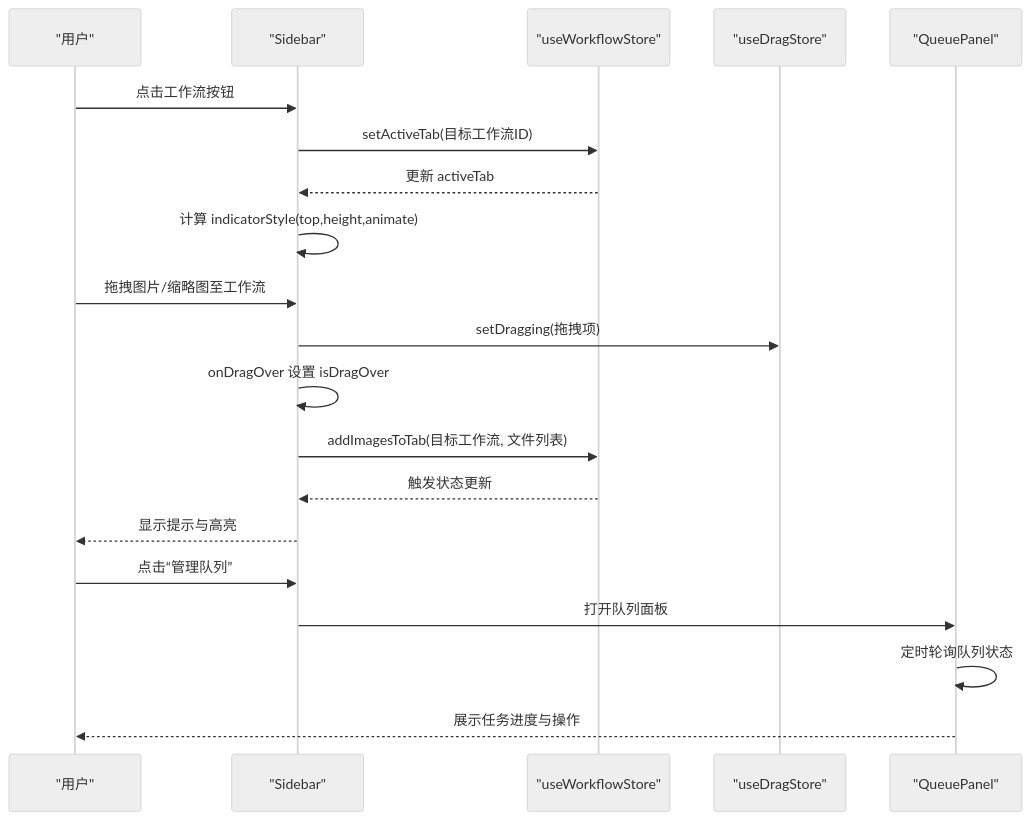
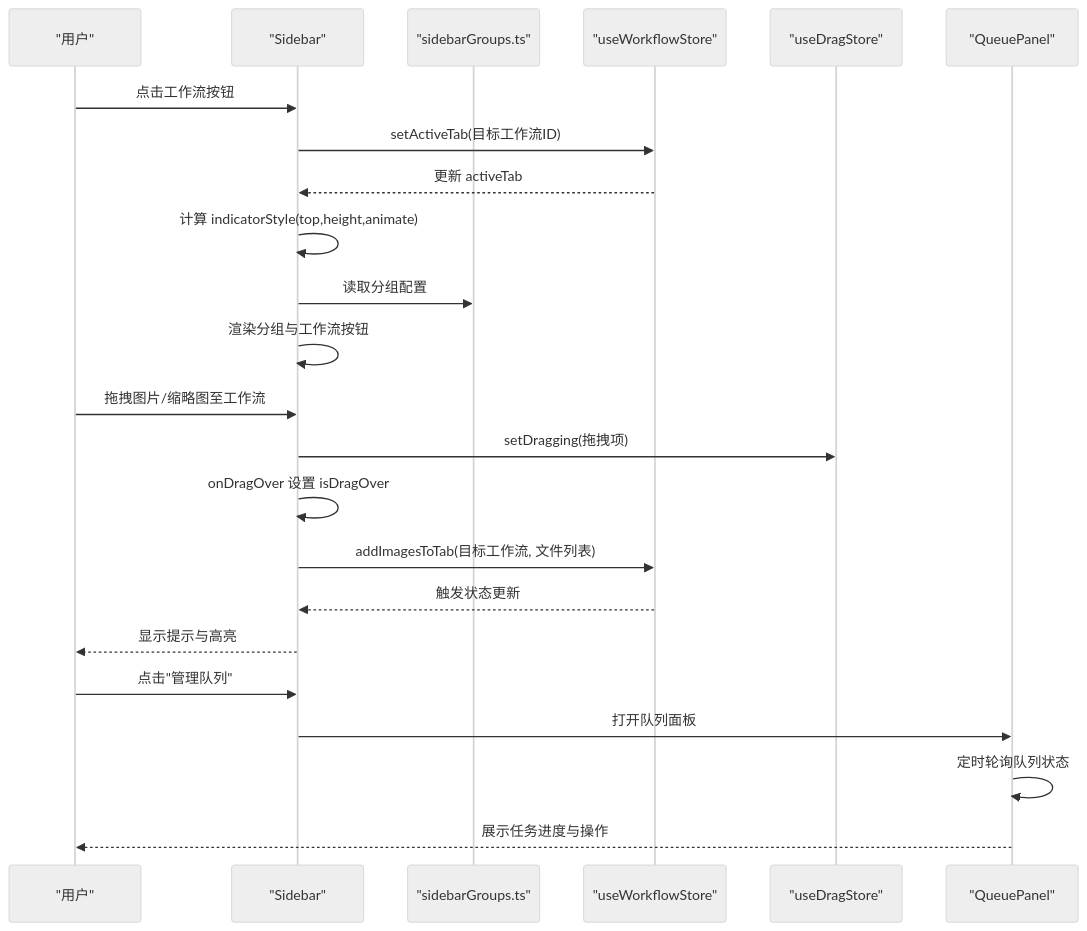
Before and after one commit to billye220670/CorineKit_Pix2Real: the second of 8 diagrams in .qoder/repowiki/zh/content/用户界面组件/控制面板组件/侧边导航栏.md, drawn with Mermaid (neutral theme). The commit also changed other lines of this file and 21 other files, not shown here.

````diff
--- a/.qoder/repowiki/zh/content/用户界面组件/控制面板组件/侧边导航栏.md
+++ b/.qoder/repowiki/zh/content/用户界面组件/控制面板组件/侧边导航栏.md
@@ -108,22 +126,25 @@
 ```mermaid
 sequenceDiagram
 participant U as "用户"
 participant S as "Sidebar"
+participant SG as "sidebarGroups.ts"
 participant WS as "useWorkflowStore"
 participant DS as "useDragStore"
 participant Q as "QueuePanel"
 U->>S : 点击工作流按钮
 S->>WS : setActiveTab(目标工作流ID)
 WS-->>S : 更新 activeTab
 S->>S : 计算 indicatorStyle(top,height,animate)
+S->>SG : 读取分组配置
+S->>S : 渲染分组与工作流按钮
 U->>S : 拖拽图片/缩略图至工作流
 S->>DS : setDragging(拖拽项)
 S->>S : onDragOver 设置 isDragOver
 S->>WS : addImagesToTab(目标工作流, 文件列表)
 WS-->>S : 触发状态更新
 S-->>U : 显示提示与高亮
-U->>S : 点击“管理队列”
+U->>S : 点击"管理队列"
 S->>Q : 打开队列面板
 Q->>Q : 定时轮询队列状态
 Q-->>U : 展示任务进度与操作
 ```
````
